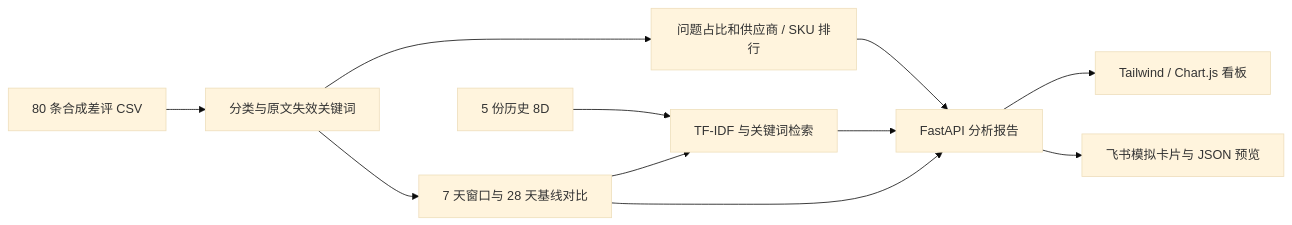
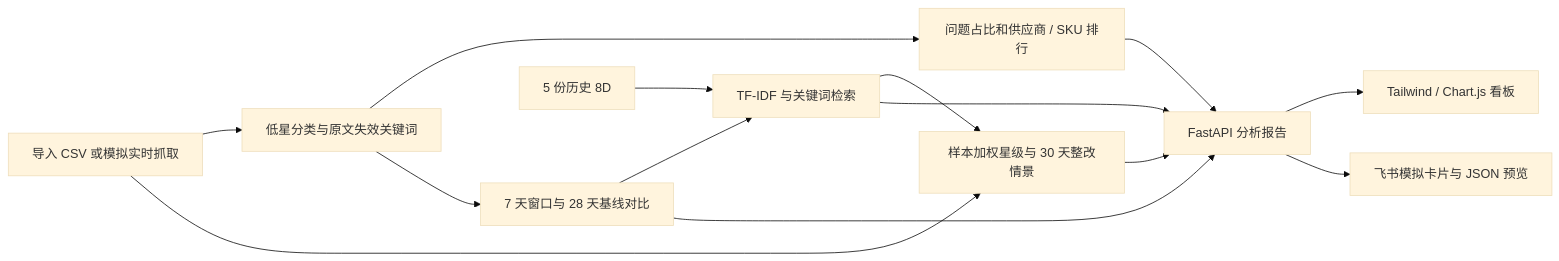
One commit to xiaodou905-netizen/crossborder-cqe-sentinel changed the diagram in README.md. Above: the diagram before and after it, drawn with Mermaid (base theme). The commit also changed other lines of this file and 11 other files, not shown here.

Commit message:
Add CSV reanalysis and Listing impact metrics

````diff
--- a/README.md
+++ b/README.md
@@ -27,13 +27,16 @@
 ```mermaid
 flowchart LR
-    CSV["80 条合成差评 CSV"] --> Tag["分类与原文失效关键词"]
+    CSV["导入 CSV 或模拟实时抓取"] --> Tag["低星分类与原文失效关键词"]
+    CSV --> Listing["样本加权星级与 30 天整改情景"]
     Tag --> Stats["问题占比和供应商 / SKU 排行"]
     Tag --> Signal["7 天窗口与 28 天基线对比"]
     KB["5 份历史 8D"] --> Search["TF-IDF 与关键词检索"]
     Signal --> Search
+    Search --> Listing
     Signal --> Report["FastAPI 分析报告"]
     Stats --> Report
     Search --> Report
+    Listing --> Report
     Report --> Web["Tailwind / Chart.js 看板"]
     Report --> Card["飞书模拟卡片与 JSON 预览"]
 ```
````
